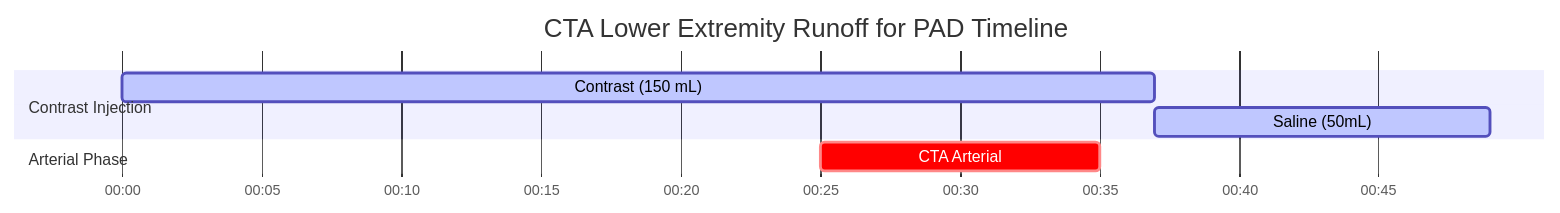
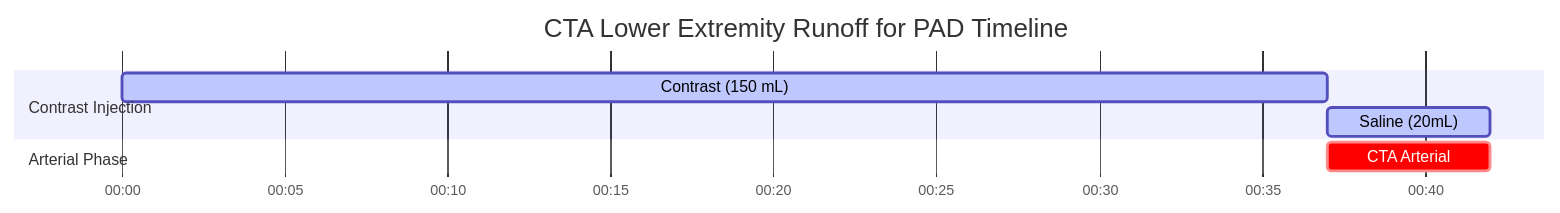
Before and after one commit to dfergs93/radiology-protocols: the diagram in docs/ct/vascular/cta-lower-extremity-runoff-for-pad.md, drawn with Mermaid. The commit also changed other lines of this file and 113 other files, not shown here.

````diff
--- a/docs/ct/vascular/cta-lower-extremity-runoff-for-pad.md
+++ b/docs/ct/vascular/cta-lower-extremity-runoff-for-pad.md
@@ -83,16 +84,16 @@
   ```mermaid
   ---
   config:
     theme: default
   ---
     gantt
       title CTA Lower Extremity Runoff for PAD Timeline
       dateFormat mm:ss
       axisFormat %M:%S 
       
       section Contrast Injection
       Contrast (150 mL)    :active, contrast, 00:00, 37s
-      Saline (50mL)          :active, saline, after contrast, 12s
+      Saline (20mL)          :active, saline, after contrast, 5s
       section Arterial Phase
-      CTA Arterial    :crit, scan1, 00:25, 10s
+      CTA Arterial    :crit, scan1, after contrast, 5s
   ```
````
